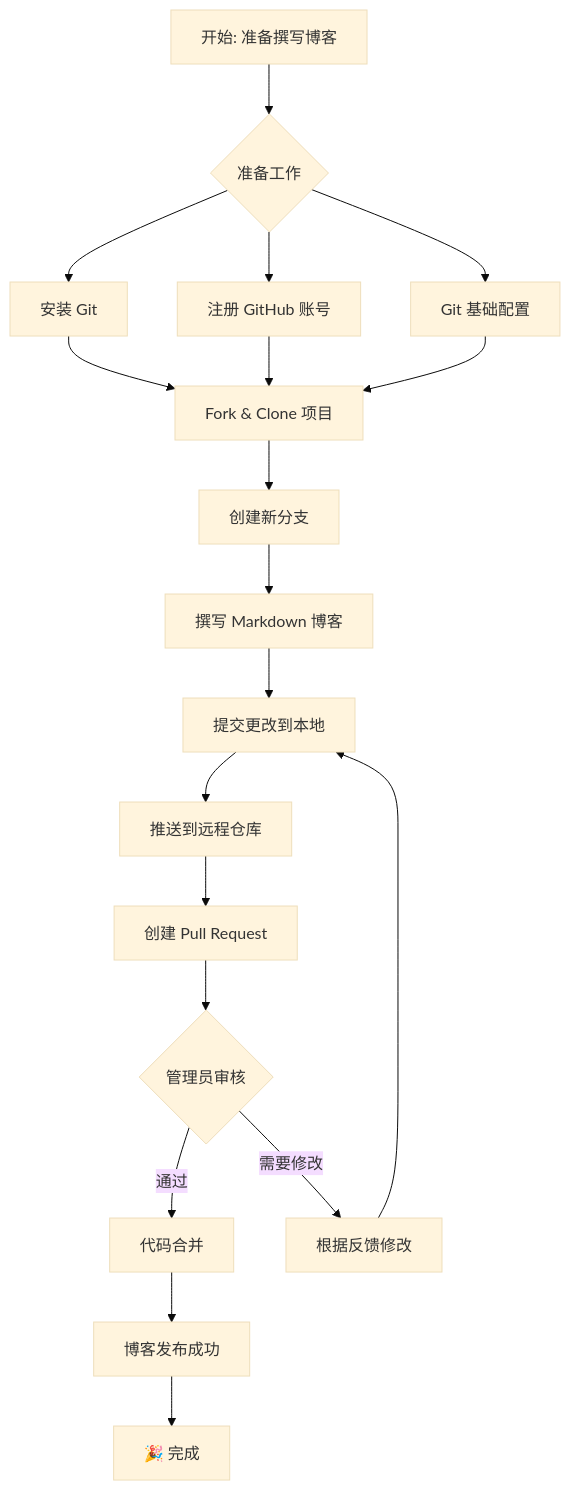
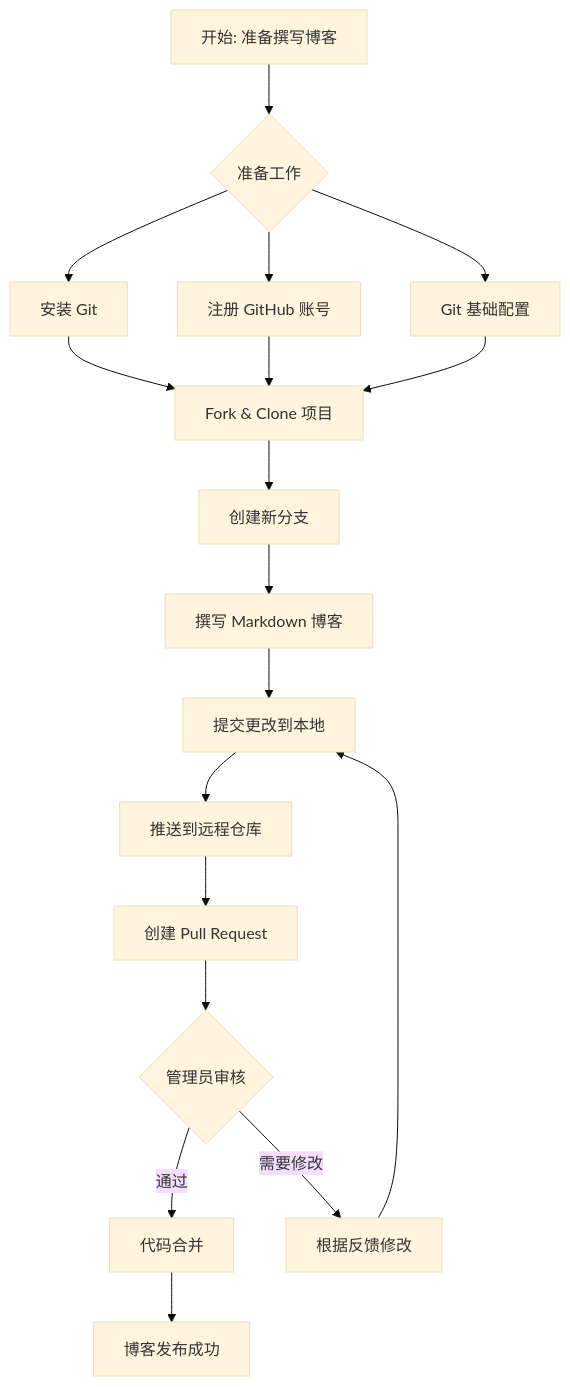
The diagram in process/2025/nbtca-post.md (nbtca/documents), drawn with Mermaid (base theme) before and after one commit. The commit also changed other lines of this file and 13 other files, not shown here.

````diff
--- a/process/2025/nbtca-post.md
+++ b/process/2025/nbtca-post.md
@@ -14,22 +14,21 @@
 ```mermaid
 flowchart TD
 A[开始: 准备撰写博客] --> B{准备工作}
 B --> C[安装 Git]
 B --> D[注册 GitHub 账号]
 B --> E[Git 基础配置]
 
     C & D & E --> F[Fork & Clone 项目]
     F --> G[创建新分支]
     G --> H[撰写 Markdown 博客]
     H --> I[提交更改到本地]
     I --> J[推送到远程仓库]
     J --> K[创建 Pull Request]
     K --> L{管理员审核}
 
     L -->|通过| M[代码合并]
     L -->|需要修改| N[根据反馈修改]
     N --> I
 
     M --> O[博客发布成功]
-    O --> P[🎉 完成]
 ```
````
